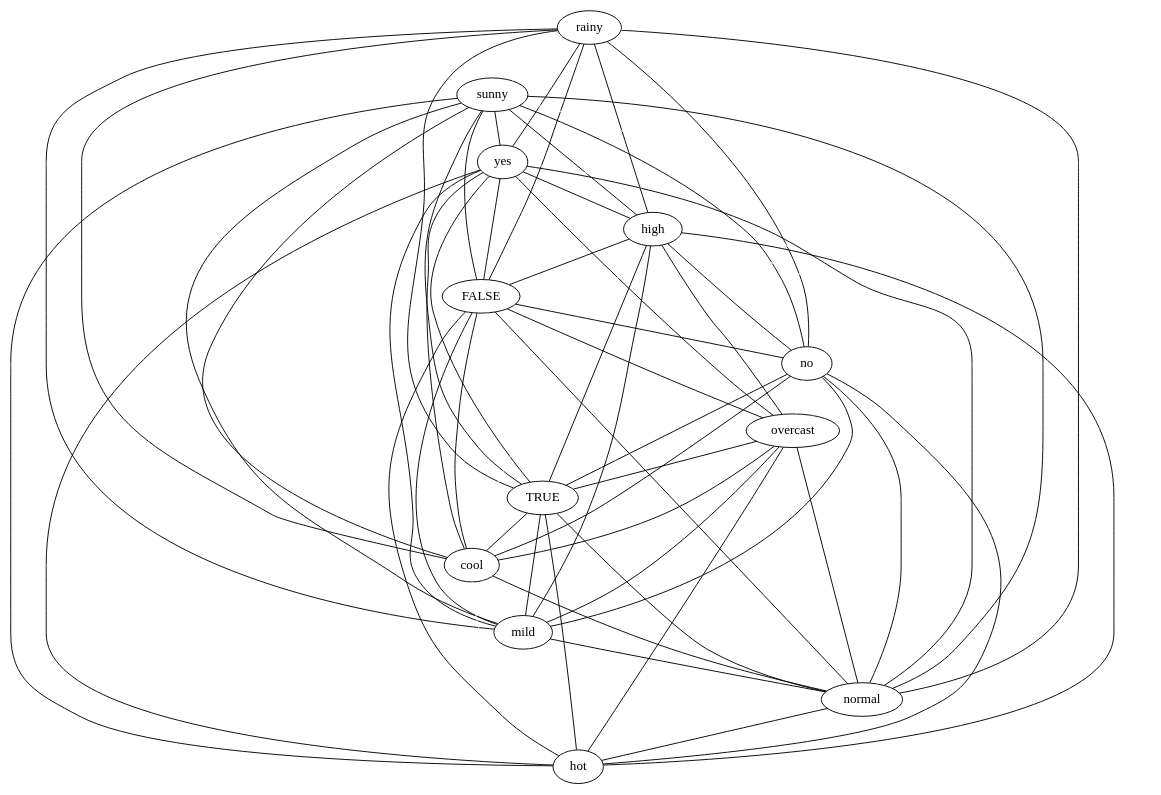
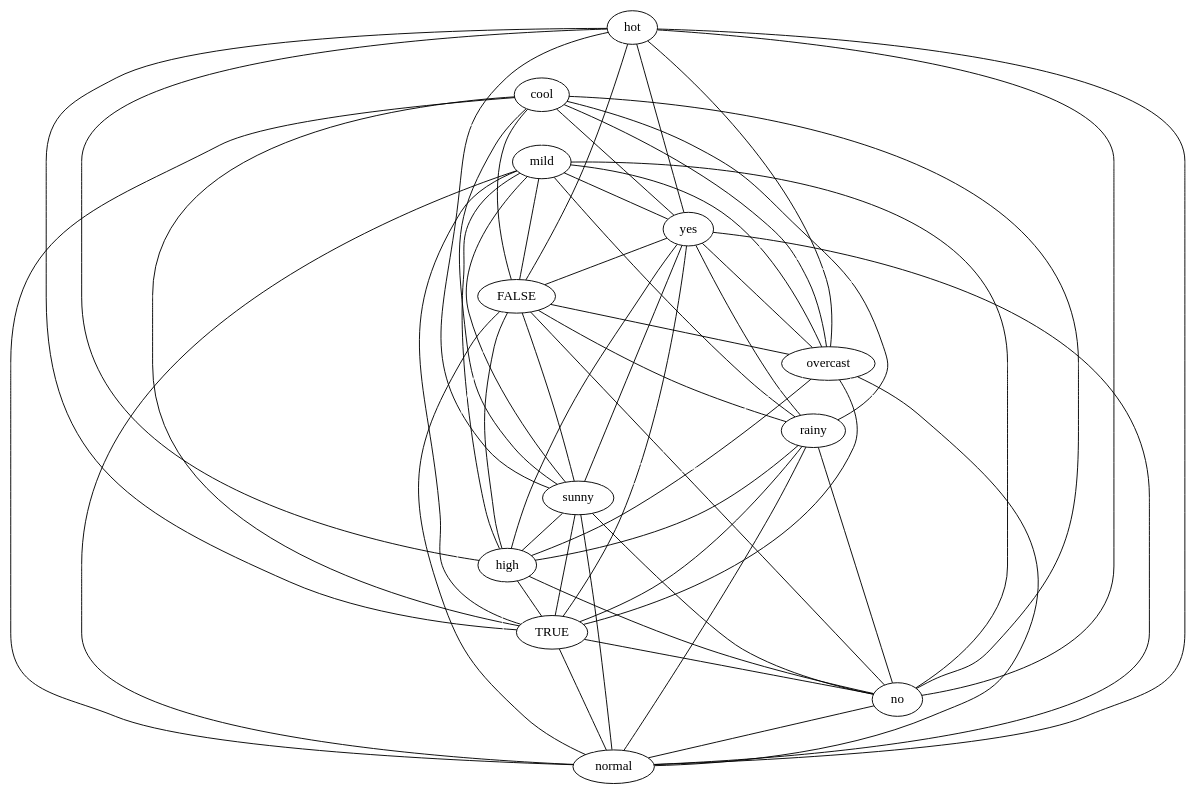
One commit to lrodrin/TFG changed the diagram in src/final/plainGraph.dot. Above: the diagram before and after it, drawn with Graphviz. The commit also changed 9 other files, not shown here.

```diff
--- a/src/final/plainGraph.dot
+++ b/src/final/plainGraph.dot
@@ -1,80 +1,80 @@
 strict graph "" {
+hot;
+cool;
+mild;
+yes;
+FALSE;
+overcast;
 rainy;
 sunny;
-yes;
 high;
-FALSE;
+TRUE;
 no;
-overcast;
-TRUE;
-cool;
-mild;
 normal;
-hot;
+hot -- TRUE  [color=black];
+hot -- no  [color=black];
+hot -- normal  [color=black];
+hot -- mild  [color=white];
+hot -- yes  [color=black];
+hot -- sunny  [color=black];
+hot -- FALSE  [color=black];
+hot -- cool  [color=white];
+hot -- overcast  [color=black];
+hot -- high  [color=black];
+hot -- rainy  [color=white];
+cool -- no  [color=black];
+cool -- TRUE  [color=black];
+cool -- sunny  [color=black];
+cool -- yes  [color=black];
+cool -- normal  [color=black];
+cool -- FALSE  [color=black];
+cool -- mild  [color=white];
+cool -- overcast  [color=black];
+cool -- high  [color=white];
+cool -- rainy  [color=black];
+mild -- no  [color=black];
+mild -- TRUE  [color=black];
+mild -- sunny  [color=black];
+mild -- yes  [color=black];
+mild -- normal  [color=black];
+mild -- FALSE  [color=black];
+mild -- overcast  [color=black];
+mild -- high  [color=black];
+mild -- rainy  [color=black];
+yes -- no  [color=white];
+yes -- TRUE  [color=black];
+yes -- normal  [color=black];
+yes -- sunny  [color=black];
+yes -- FALSE  [color=black];
+yes -- overcast  [color=black];
+yes -- high  [color=black];
+yes -- rainy  [color=black];
+FALSE -- no  [color=black];
+FALSE -- TRUE  [color=white];
+FALSE -- normal  [color=black];
+FALSE -- sunny  [color=black];
+FALSE -- overcast  [color=black];
+FALSE -- high  [color=black];
+FALSE -- rainy  [color=black];
+overcast -- no  [color=white];
+overcast -- TRUE  [color=black];
+overcast -- sunny  [color=white];
+overcast -- normal  [color=black];
+overcast -- high  [color=black];
+overcast -- rainy  [color=white];
+rainy -- no  [color=black];
+rainy -- TRUE  [color=black];
 rainy -- sunny  [color=white];
-rainy -- yes  [color=black];
 rainy -- high  [color=black];
-rainy -- cool  [color=black];
-rainy -- FALSE  [color=black];
-rainy -- no  [color=black];
-rainy -- mild  [color=black];
-rainy -- overcast  [color=white];
 rainy -- normal  [color=black];
-rainy -- hot  [color=white];
-rainy -- TRUE  [color=black];
-sunny -- yes  [color=black];
+sunny -- no  [color=black];
+sunny -- TRUE  [color=black];
+sunny -- normal  [color=black];
 sunny -- high  [color=black];
-sunny -- cool  [color=black];
-sunny -- FALSE  [color=black];
-sunny -- no  [color=black];
-sunny -- mild  [color=black];
-sunny -- overcast  [color=white];
-sunny -- normal  [color=black];
-sunny -- hot  [color=black];
-sunny -- TRUE  [color=black];
-yes -- high  [color=black];
-yes -- cool  [color=black];
-yes -- FALSE  [color=black];
-yes -- no  [color=white];
-yes -- mild  [color=black];
-yes -- overcast  [color=black];
-yes -- normal  [color=black];
-yes -- hot  [color=black];
-yes -- TRUE  [color=black];
-high -- cool  [color=white];
-high -- FALSE  [color=black];
 high -- no  [color=black];
-high -- mild  [color=black];
-high -- overcast  [color=black];
+high -- TRUE  [color=black];
 high -- normal  [color=white];
-high -- hot  [color=black];
-high -- TRUE  [color=black];
-FALSE -- cool  [color=black];
-FALSE -- no  [color=black];
-FALSE -- mild  [color=black];
-FALSE -- overcast  [color=black];
-FALSE -- normal  [color=black];
-FALSE -- hot  [color=black];
-FALSE -- TRUE  [color=white];
-no -- cool  [color=black];
-no -- mild  [color=black];
-no -- overcast  [color=white];
+TRUE -- no  [color=black];
+TRUE -- normal  [color=black];
 no -- normal  [color=black];
-no -- hot  [color=black];
-no -- TRUE  [color=black];
-overcast -- cool  [color=black];
-overcast -- mild  [color=black];
-overcast -- normal  [color=black];
-overcast -- hot  [color=black];
-overcast -- TRUE  [color=black];
-TRUE -- cool  [color=black];
-TRUE -- mild  [color=black];
-TRUE -- normal  [color=black];
-TRUE -- hot  [color=black];
-cool -- mild  [color=white];
-cool -- normal  [color=black];
-cool -- hot  [color=white];
-mild -- normal  [color=black];
-mild -- hot  [color=white];
-normal -- hot  [color=black];
 }
```
